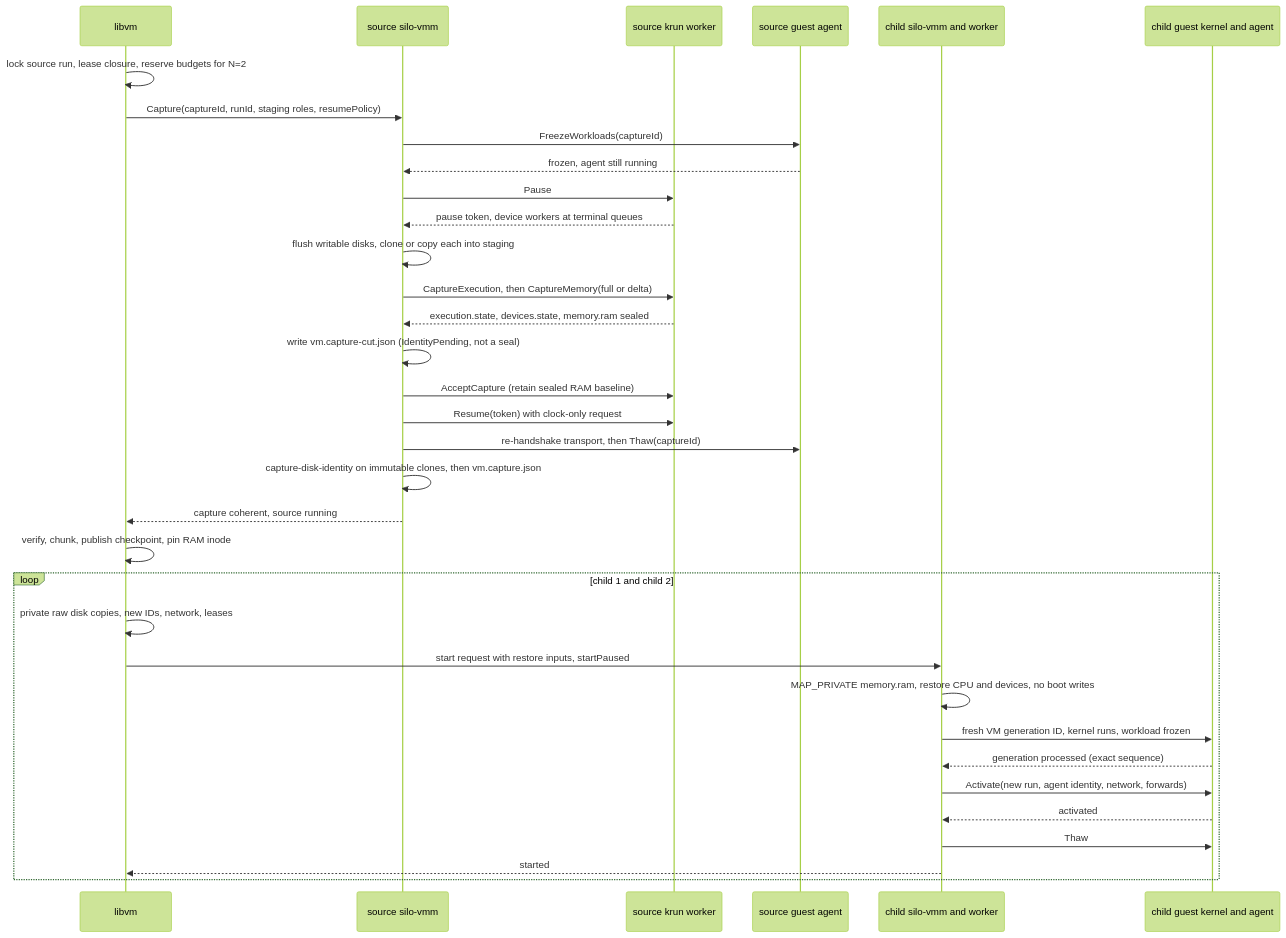
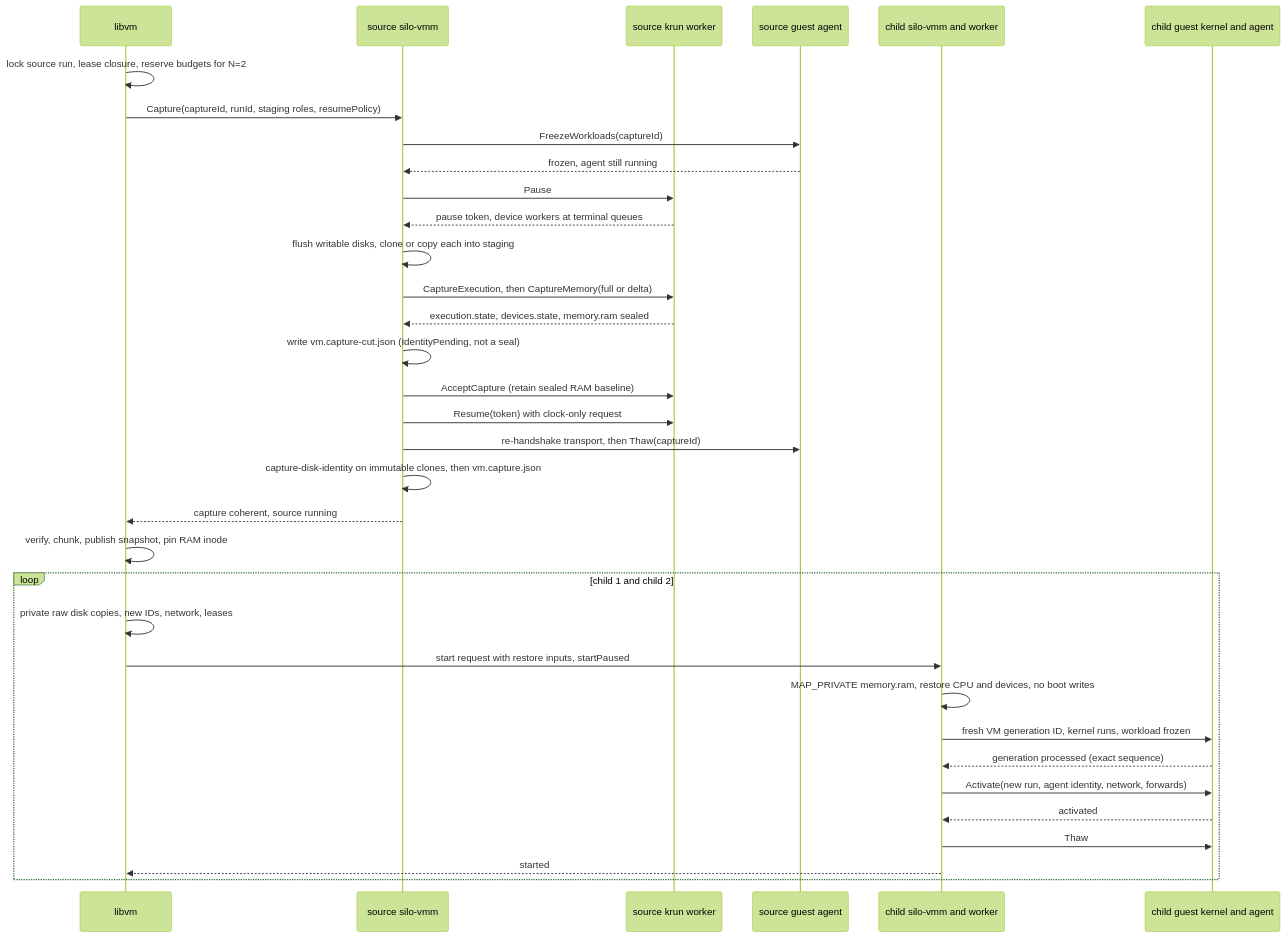
The diagram in docs/adr/0021-live-snapshots-and-forks.md (vandycknick/silo), drawn with Mermaid (forest theme) before and after one commit. The commit also changed other lines of this file and 128 other files, not shown here.

````diff
--- a/docs/adr/0021-live-snapshots-and-forks.md
+++ b/docs/adr/0021-live-snapshots-and-forks.md
@@ -222,36 +250,36 @@
 ```mermaid
 sequenceDiagram
     participant L as libvm
     participant S as source silo-vmm
     participant W as source krun worker
     participant G as source guest agent
     participant C as child silo-vmm and worker
     participant A as child guest kernel and agent
     L->>L: lock source run, lease closure, reserve budgets for N=2
     L->>S: Capture(captureId, runId, staging roles, resumePolicy)
     S->>G: FreezeWorkloads(captureId)
     G-->>S: frozen, agent still running
     S->>W: Pause
     W-->>S: pause token, device workers at terminal queues
     S->>S: flush writable disks, clone or copy each into staging
     S->>W: CaptureExecution, then CaptureMemory(full or delta)
     W-->>S: execution.state, devices.state, memory.ram sealed
     S->>S: write vm.capture-cut.json (IdentityPending, not a seal)
     S->>W: AcceptCapture (retain sealed RAM baseline)
     S->>W: Resume(token) with clock-only request
     S->>G: re-handshake transport, then Thaw(captureId)
     S->>S: capture-disk-identity on immutable clones, then vm.capture.json
     S-->>L: capture coherent, source running
-    L->>L: verify, chunk, publish checkpoint, pin RAM inode
+    L->>L: verify, chunk, publish snapshot, pin RAM inode
     loop child 1 and child 2
         L->>L: private raw disk copies, new IDs, network, leases
         L->>C: start request with restore inputs, startPaused
         C->>C: MAP_PRIVATE memory.ram, restore CPU and devices, no boot writes
         C->>A: fresh VM generation ID, kernel runs, workload frozen
         A-->>C: generation processed (exact sequence)
         C->>A: Activate(new run, agent identity, network, forwards)
         A-->>C: activated
         C->>A: Thaw
         C-->>L: started
     end
 ```
````
